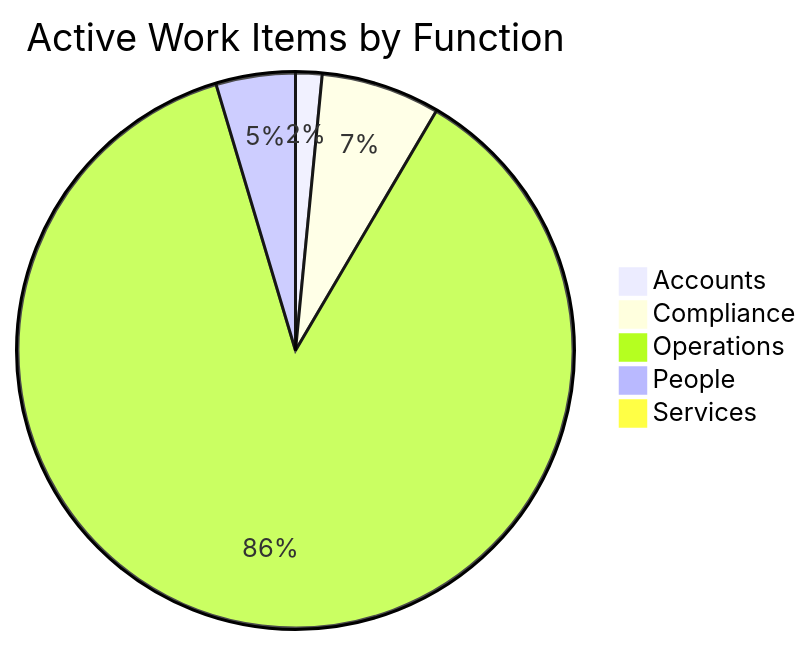
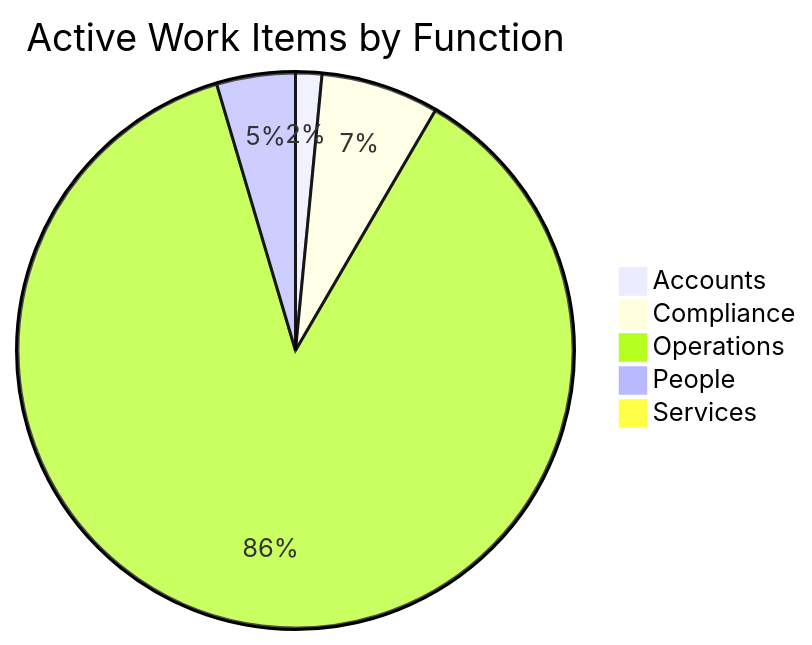
One commit to mgosal/5et.uk changed the first of 3 diagrams in dashboard.md. Above: the diagram before and after it, drawn with Mermaid. The commit also changed other lines of this file and 6 other files, not shown here.

````diff
--- a/dashboard.md
+++ b/dashboard.md
@@ -126,8 +130,8 @@
 ```mermaid
 pie title Active Work Items by Function
     "Accounts" : 2
     "Compliance" : 9
-    "Operations" : 113
+    "Operations" : 114
     "People" : 6
     "Services" : 1
 ```
````
